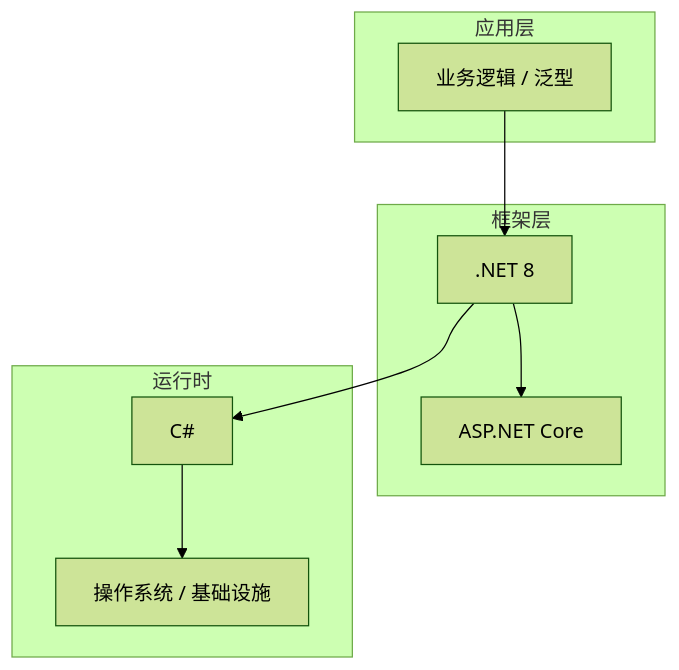
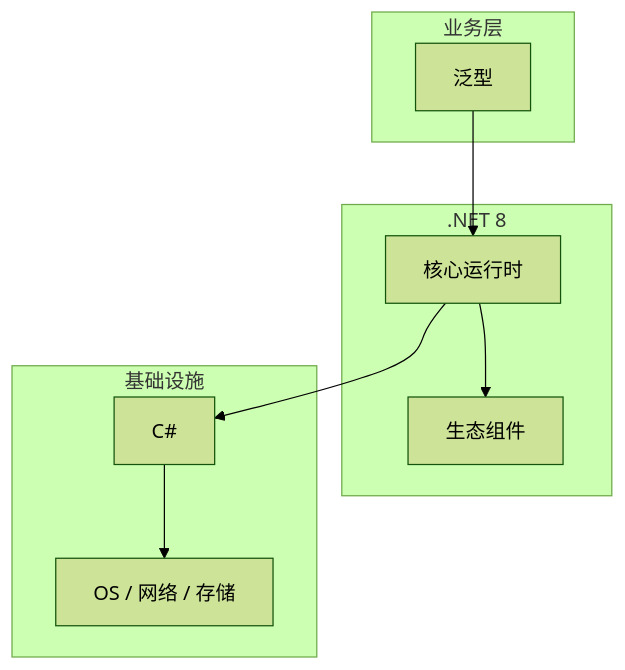
One commit to yanggan2015/knowledge-json-v2 changed the diagram in articles/C#/chapters/022-泛型核心概念与原理.md. Above: the diagram before and after it, drawn with Mermaid (forest theme). The commit also changed other lines of this file and 10127 other files, not shown here.

````diff
--- a/articles/C#/chapters/022-泛型核心概念与原理.md
+++ b/articles/C#/chapters/022-泛型核心概念与原理.md
@@ -45,18 +34,18 @@
 ```mermaid
 graph TB
-    subgraph 应用层
-        A[业务逻辑 / 泛型]
+    subgraph 业务层
+        A[泛型]
     end
-    subgraph 框架层
-        B[.NET 8]
-        C[ASP.NET Core]
+    subgraph .NET 8
+        B[核心运行时]
+        C[生态组件]
     end
-    subgraph 运行时
+    subgraph 基础设施
         D[C#]
-        E[操作系统 / 基础设施]
+        E[OS / 网络 / 存储]
     end
     A --> B
     B --> C
     B --> D
     D --> E
 ```
````
